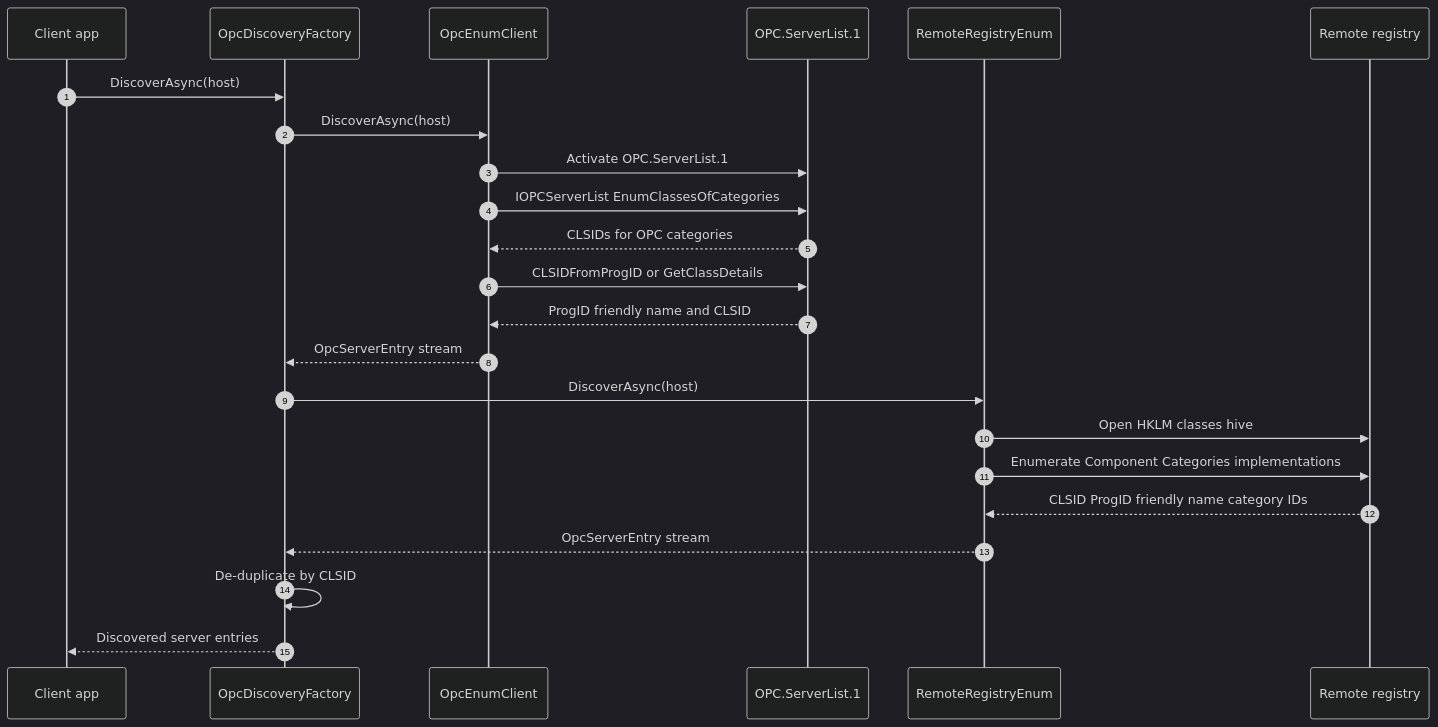
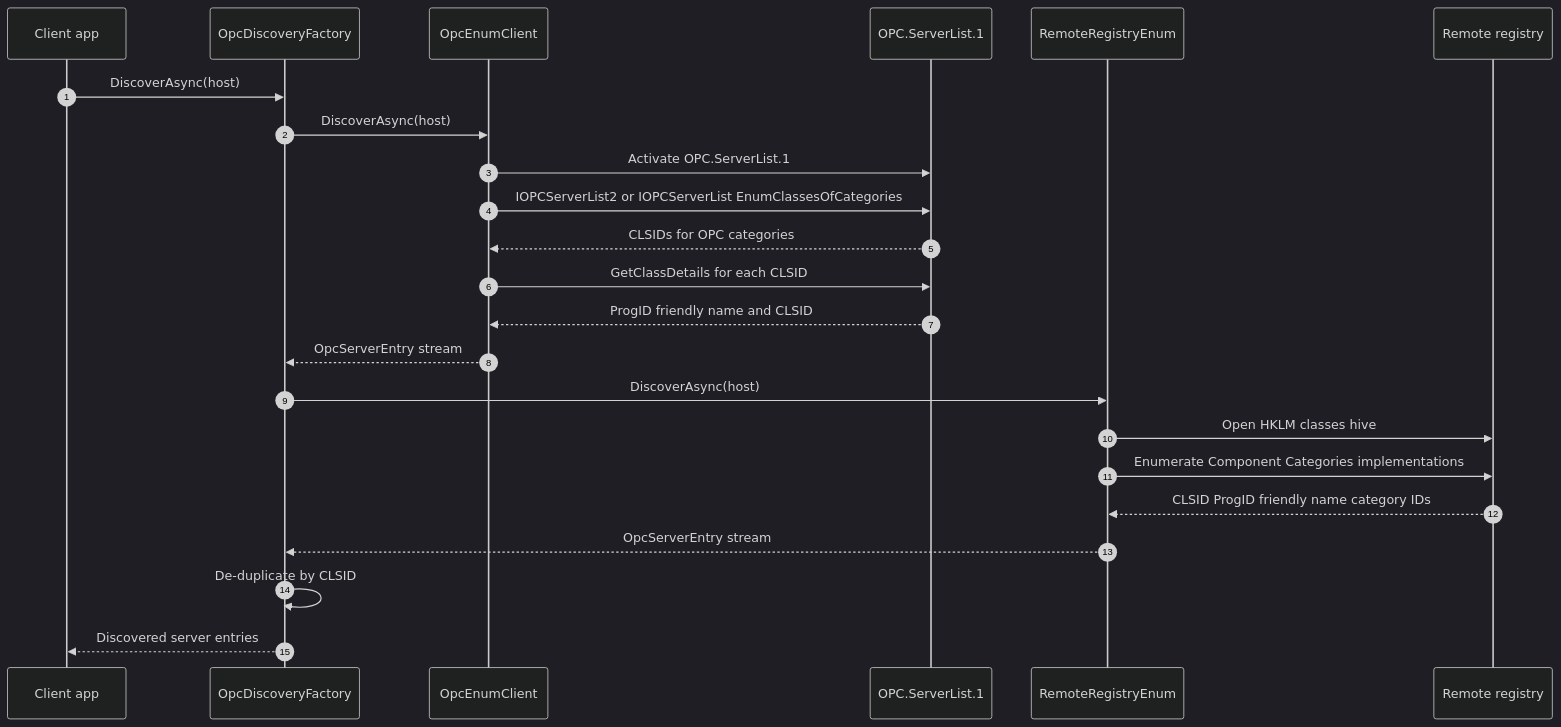
The diagram in docs/diagrams/07-discovery-flow.md (marcschier/opc-classic), drawn with Mermaid (dark theme) before and after one commit. The commit also changed other lines of this file and 9 other files, not shown here.

Commit message:
Docs: rewrite diagrams/ as current-state (no transitional Dcom narrative)

````diff
--- a/docs/diagrams/07-discovery-flow.md
+++ b/docs/diagrams/07-discovery-flow.md
@@ -9,28 +9,28 @@
 ```mermaid
 sequenceDiagram
     autonumber
     participant App as Client app
     participant Factory as OpcDiscoveryFactory
     participant OpcEnum as OpcEnumClient
     participant ServerList as OPC.ServerList.1
     participant Registry as RemoteRegistryEnum
     participant WinReg as Remote registry
 
     App->>Factory: DiscoverAsync(host)
     Factory->>OpcEnum: DiscoverAsync(host)
     OpcEnum->>ServerList: Activate OPC.ServerList.1
-    OpcEnum->>ServerList: IOPCServerList EnumClassesOfCategories
+    OpcEnum->>ServerList: IOPCServerList2 or IOPCServerList EnumClassesOfCategories
     ServerList-->>OpcEnum: CLSIDs for OPC categories
-    OpcEnum->>ServerList: CLSIDFromProgID or GetClassDetails
+    OpcEnum->>ServerList: GetClassDetails for each CLSID
     ServerList-->>OpcEnum: ProgID friendly name and CLSID
     OpcEnum-->>Factory: OpcServerEntry stream
 
     Factory->>Registry: DiscoverAsync(host)
     Registry->>WinReg: Open HKLM classes hive
     Registry->>WinReg: Enumerate Component Categories implementations
     WinReg-->>Registry: CLSID ProgID friendly name category IDs
     Registry-->>Factory: OpcServerEntry stream
 
     Factory->>Factory: De-duplicate by CLSID
     Factory-->>App: Discovered server entries
 ```
````
